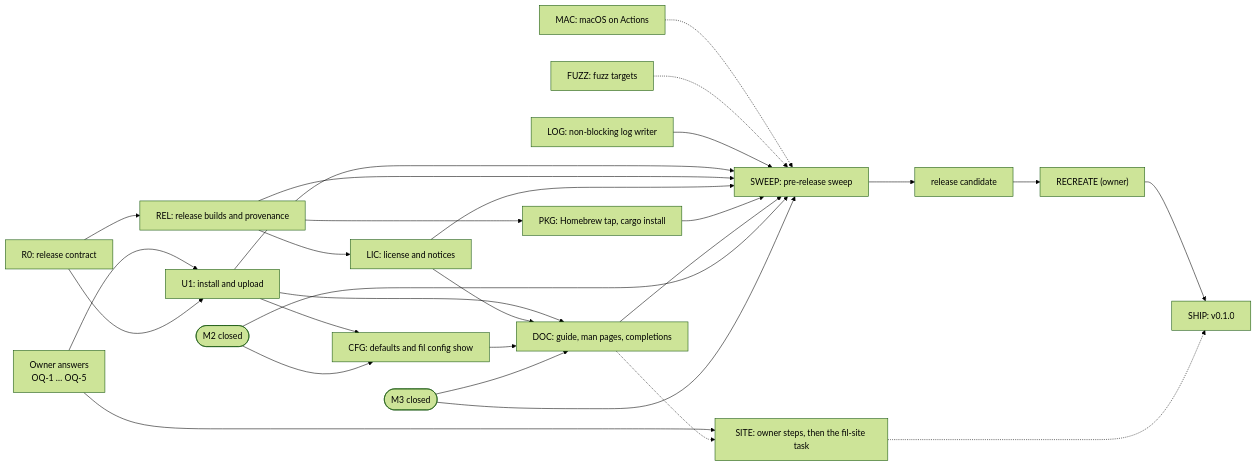
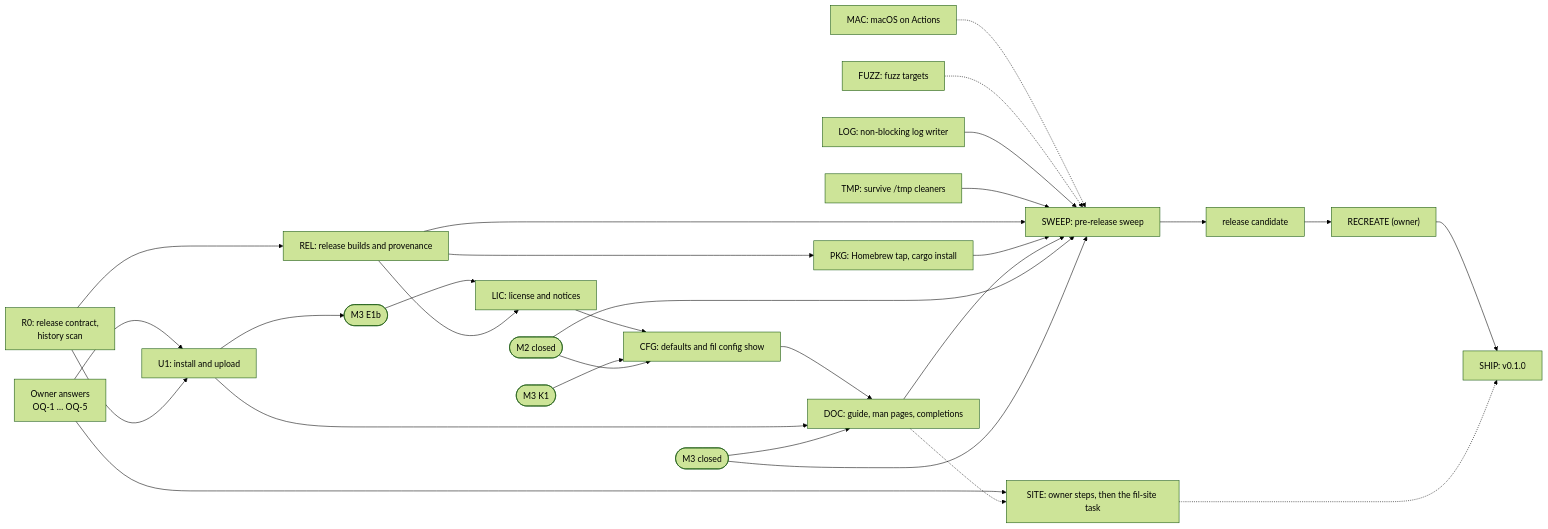
Before and after one commit to anthonytw/fil: the diagram in docs/m4/plan.md, drawn with Mermaid (forest theme). The commit also changed other lines of this file and 1 other file, not shown here.

````diff
--- a/docs/m4/plan.md
+++ b/docs/m4/plan.md
@@ -124,39 +175,43 @@
 ```mermaid
 %%{init: {"flowchart": {"wrappingWidth": 260}}}%%
 flowchart LR
   OQ["Owner answers<br/>OQ-1 … OQ-5"]
-  R0["R0: release contract"]
+  R0["R0: release contract,<br/>history scan"]
   U1["U1: install and upload"]
   MAC["MAC: macOS on Actions"]
   REL["REL: release builds and provenance"]
   FUZZ["FUZZ: fuzz targets"]
   LOG["LOG: non-blocking log writer"]
+  TMP["TMP: survive /tmp cleaners"]
+  E1b(["M3 E1b"])
+  K1(["M3 K1"])
   LIC["LIC: license and notices"]
   PKG["PKG: Homebrew tap, cargo install"]
   CFG["CFG: defaults and fil config show"]
   DOC["DOC: guide, man pages, completions"]
   M2C(["M2 closed"])
   M3C(["M3 closed"])
   SWEEP["SWEEP: pre-release sweep"]
   RC["release candidate"]
   RECREATE["RECREATE (owner)"]
   SHIP["SHIP: v0.1.0"]
   SITE["SITE: owner steps, then the fil-site task"]
 
   OQ --> U1
   R0 --> U1 & REL
+  U1 --> E1b --> LIC --> CFG
   REL --> LIC & PKG
-  U1 --> CFG
-  U1 & LIC --> DOC
+  K1 --> CFG
   M2C --> CFG
   CFG --> DOC
+  U1 --> DOC
   M3C --> DOC
   MAC -.-> SWEEP
   FUZZ -.-> SWEEP
-  LOG --> SWEEP
-  U1 & REL & LIC & PKG & DOC & M2C & M3C --> SWEEP
+  LOG & TMP --> SWEEP
+  REL & PKG & DOC & M2C & M3C --> SWEEP
   SWEEP --> RC --> RECREATE --> SHIP
   OQ --> SITE
   DOC -.-> SITE
   SITE -.-> SHIP
 ```
````
